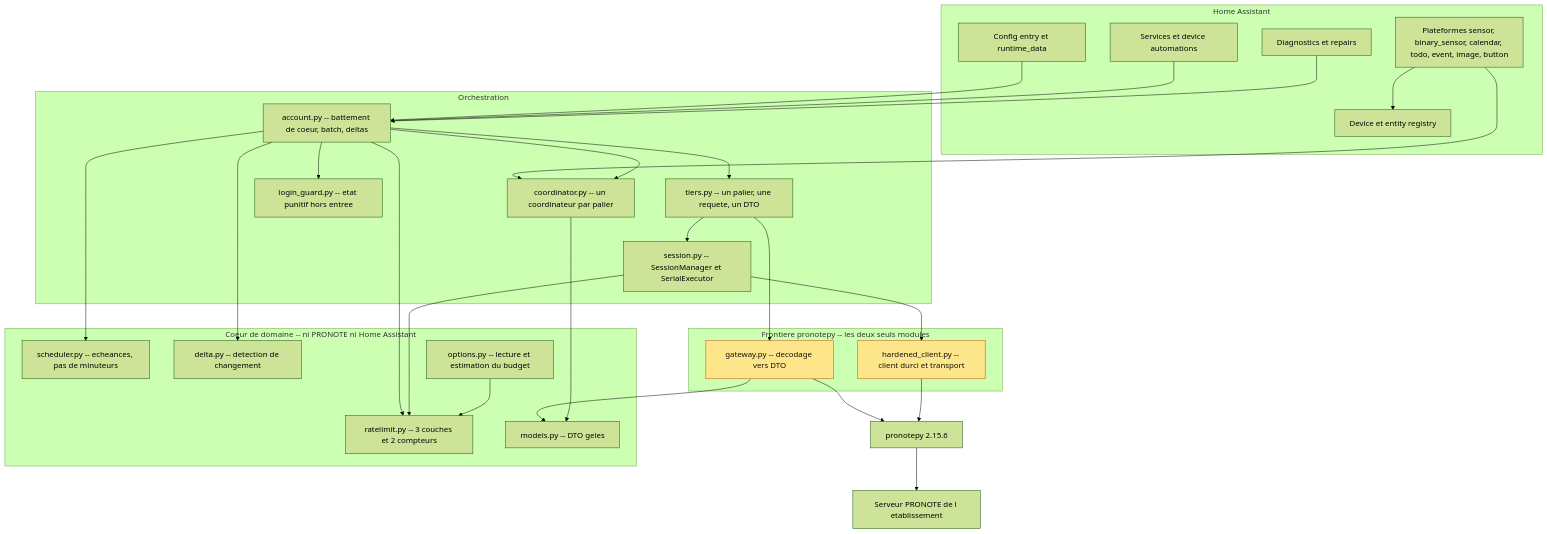
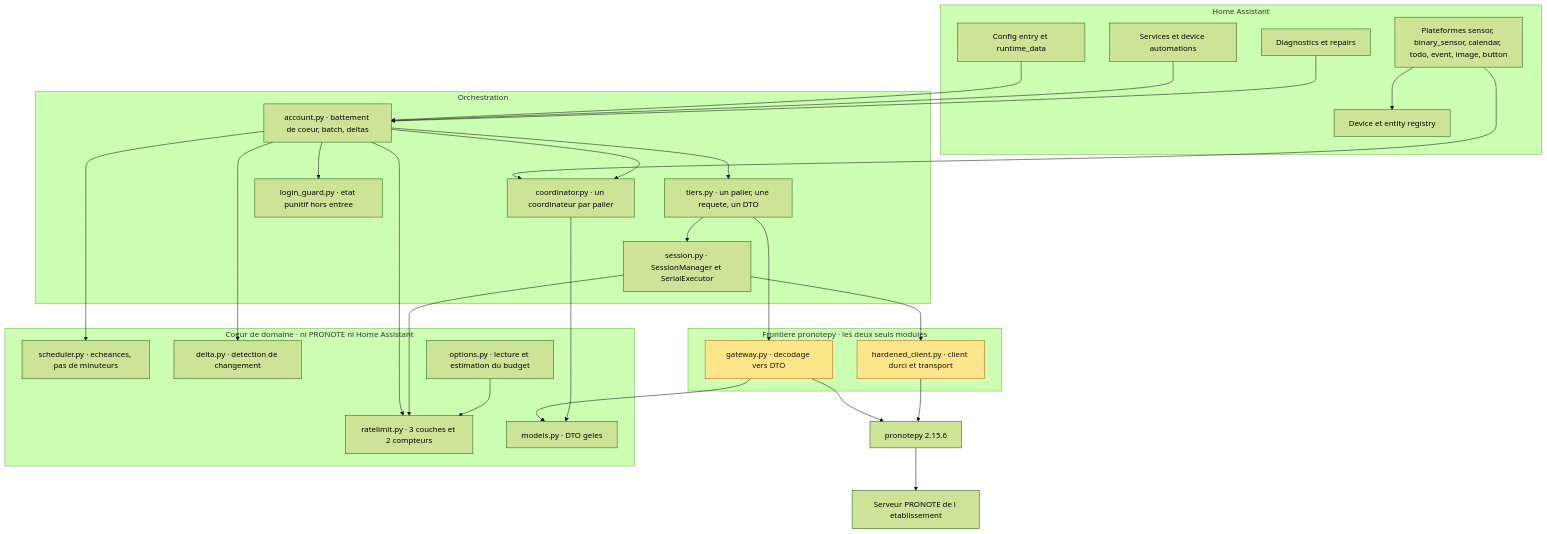
The first of 6 diagrams in docs/ARCHITECTURE.md (FiveElements/ha-pronote-ng), drawn with Mermaid (forest theme) before and after one commit. The commit also changed other lines of this file and 2 other files, not shown here.

````diff
--- a/docs/ARCHITECTURE.md
+++ b/docs/ARCHITECTURE.md
@@ -107,59 +107,59 @@
 ```mermaid
 flowchart TB
   subgraph HA["Home Assistant"]
     CE["Config entry et runtime_data"]
     PLAT["Plateformes sensor, binary_sensor, calendar, todo, event, image, button"]
     SVC["Services et device automations"]
     DIAG["Diagnostics et repairs"]
     REG["Device et entity registry"]
   end
 
   subgraph ORCH["Orchestration"]
-    ACC["account.py -- battement de coeur, batch, deltas"]
-    TIERS["tiers.py -- un palier, une requete, un DTO"]
-    SESS["session.py -- SessionManager et SerialExecutor"]
-    COORD["coordinator.py -- un coordinateur par palier"]
-    GUARD["login_guard.py -- etat punitif hors entree"]
+    ACC["account.py · battement de coeur, batch, deltas"]
+    TIERS["tiers.py · un palier, une requete, un DTO"]
+    SESS["session.py · SessionManager et SerialExecutor"]
+    COORD["coordinator.py · un coordinateur par palier"]
+    GUARD["login_guard.py · etat punitif hors entree"]
   end
 
-  subgraph CORE["Coeur de domaine -- ni PRONOTE ni Home Assistant"]
-    RL["ratelimit.py -- 3 couches et 2 compteurs"]
-    SCHED["scheduler.py -- echeances, pas de minuteurs"]
-    DELTA["delta.py -- detection de changement"]
-    MODELS["models.py -- DTO geles"]
-    OPT["options.py -- lecture et estimation du budget"]
+  subgraph CORE["Coeur de domaine · ni PRONOTE ni Home Assistant"]
+    RL["ratelimit.py · 3 couches et 2 compteurs"]
+    SCHED["scheduler.py · echeances, pas de minuteurs"]
+    DELTA["delta.py · detection de changement"]
+    MODELS["models.py · DTO geles"]
+    OPT["options.py · lecture et estimation du budget"]
   end
 
-  subgraph BOUND["Frontiere pronotepy -- les deux seuls modules"]
-    GW["gateway.py -- decodage vers DTO"]
-    HC["hardened_client.py -- client durci et transport"]
+  subgraph BOUND["Frontiere pronotepy · les deux seuls modules"]
+    GW["gateway.py · decodage vers DTO"]
+    HC["hardened_client.py · client durci et transport"]
   end
 
   PY["pronotepy 2.15.6"]
   NET["Serveur PRONOTE de l etablissement"]
 
   CE --> ACC
   PLAT --> COORD
   SVC --> ACC
   DIAG --> ACC
   PLAT --> REG
   ACC --> TIERS
   ACC --> SCHED
   ACC --> RL
   ACC --> DELTA
   ACC --> COORD
   ACC --> GUARD
   TIERS --> SESS
   TIERS --> GW
   SESS --> RL
   SESS --> HC
   GW --> MODELS
   GW --> PY
   HC --> PY
   PY --> NET
   OPT --> RL
   COORD --> MODELS
 
   classDef boundary fill:#fde68a,stroke:#b45309,color:#111
   class GW,HC boundary
 ```
````
